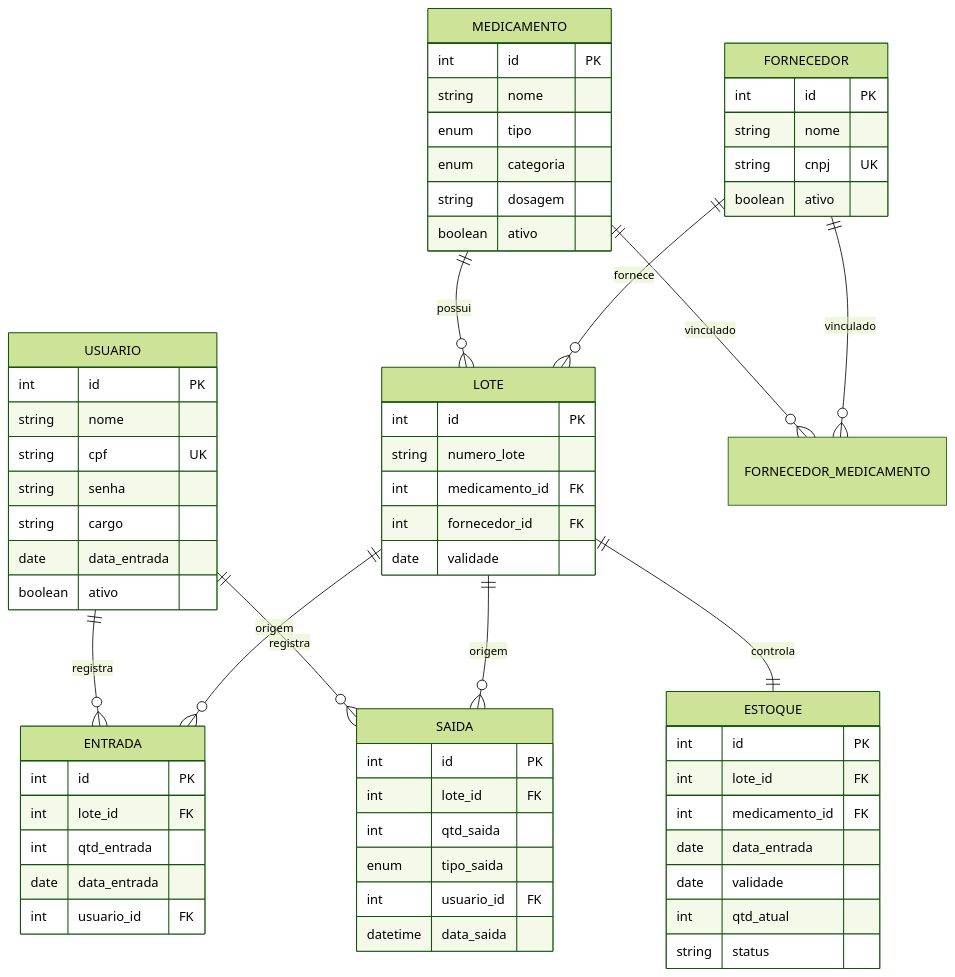
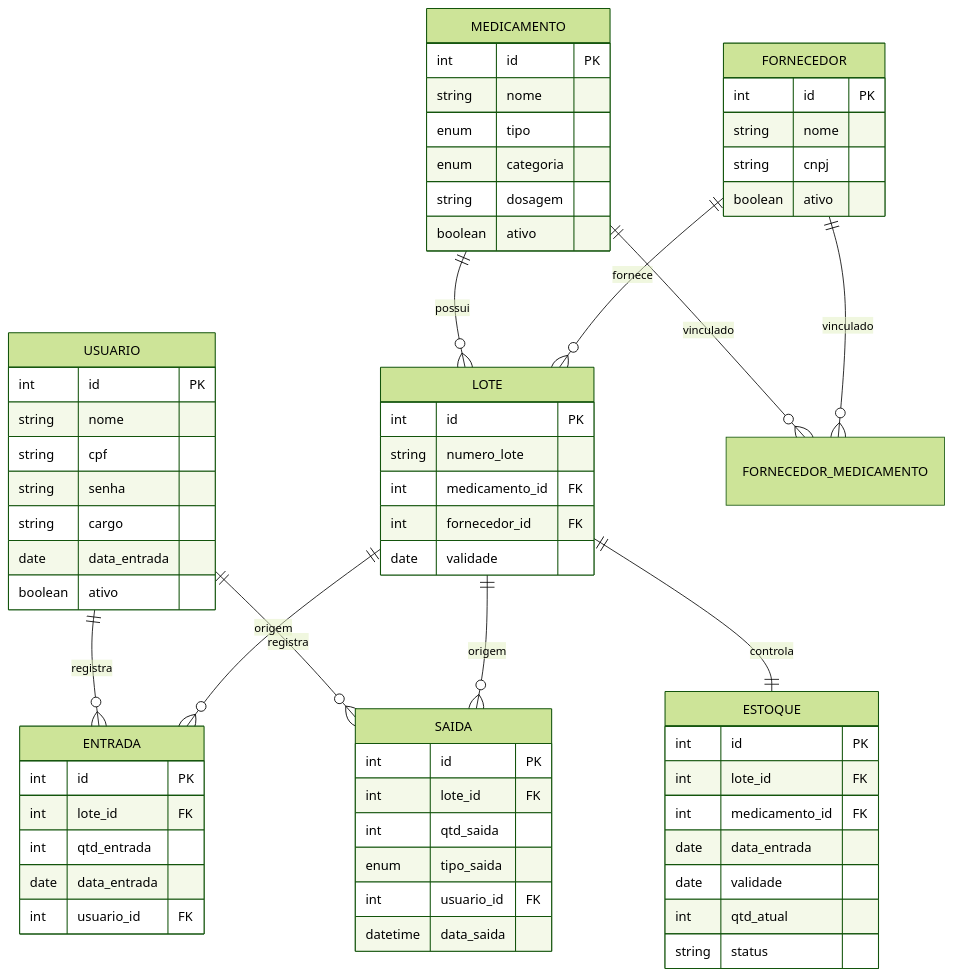
One commit to leoozxs/SysFarm changed the diagram in README.md. Above: the diagram before and after it, drawn with Mermaid (forest theme).

Commit message:
Update README to remove UK constraints for cpf and cnpj
Removed unique constraints from cpf and cnpj fields in the README.

````diff
--- a/README.md
+++ b/README.md
@@ -84,67 +84,67 @@
 ```mermaid
 erDiagram
     USUARIO ||--o{ ENTRADA : registra
     USUARIO ||--o{ SAIDA : registra
     MEDICAMENTO ||--o{ LOTE : possui
     FORNECEDOR ||--o{ LOTE : fornece
     MEDICAMENTO ||--o{ FORNECEDOR_MEDICAMENTO : vinculado
     FORNECEDOR ||--o{ FORNECEDOR_MEDICAMENTO : vinculado
     LOTE ||--o{ ENTRADA : origem
     LOTE ||--o{ SAIDA : origem
     LOTE ||--|| ESTOQUE : controla
 
     USUARIO {
         int id PK
         string nome
-        string cpf UK
+        string cpf
         string senha
         string cargo
         date data_entrada
         boolean ativo
     }
     MEDICAMENTO {
         int id PK
         string nome
         enum tipo
         enum categoria
         string dosagem
         boolean ativo
     }
     FORNECEDOR {
         int id PK
         string nome
-        string cnpj UK
+        string cnpj
         boolean ativo
     }
     LOTE {
         int id PK
         string numero_lote
         int medicamento_id FK
         int fornecedor_id FK
         date validade
     }
     ENTRADA {
         int id PK
         int lote_id FK
         int qtd_entrada
         date data_entrada
         int usuario_id FK
     }
     SAIDA {
         int id PK
         int lote_id FK
         int qtd_saida
         enum tipo_saida
         int usuario_id FK
         datetime data_saida
     }
     ESTOQUE {
         int id PK
         int lote_id FK
         int medicamento_id FK
         date data_entrada
         date validade
         int qtd_atual
         string status
     }
 ```
````
